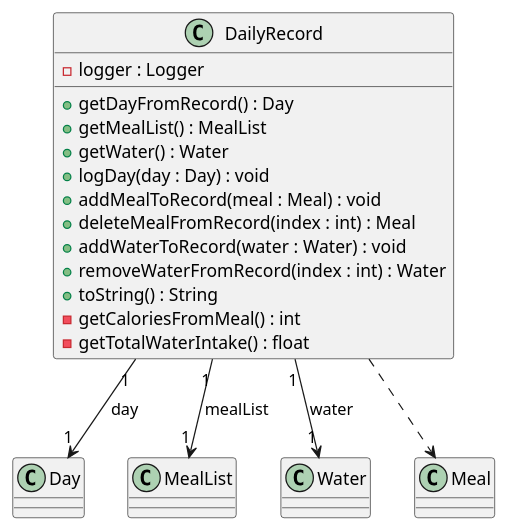
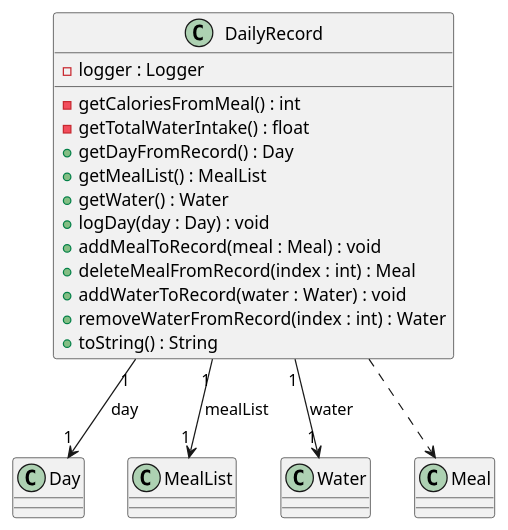
The diagram in docs/diagrams/DailyRecordClass.puml (nus-cs2113-AY2425S1/tp), drawn with PlantUML before and after one commit. The commit also changed other lines of this file and 1 other file, not shown here.

```diff
--- a/docs/diagrams/DailyRecordClass.puml
+++ b/docs/diagrams/DailyRecordClass.puml
@@ -1,29 +1,29 @@
 @startuml
 
 class DailyRecord {
     - logger : Logger
+    - getCaloriesFromMeal() : int
+    - getTotalWaterIntake() : float
     + getDayFromRecord() : Day
     + getMealList() : MealList
     + getWater() : Water
     + logDay(day : Day) : void
     + addMealToRecord(meal : Meal) : void
     + deleteMealFromRecord(index : int) : Meal
     + addWaterToRecord(water : Water) : void
     + removeWaterFromRecord(index : int) : Water
     + toString() : String
-    - getCaloriesFromMeal() : int
-    - getTotalWaterIntake() : float
 }
 
 class Day
 class MealList
 class Water
 class Meal
 
 DailyRecord "1" --> "1" Day : day
 DailyRecord "1" --> "1" MealList : mealList
 DailyRecord "1" --> "1" Water : water
 
 DailyRecord ..> Meal
 
 @enduml
```
